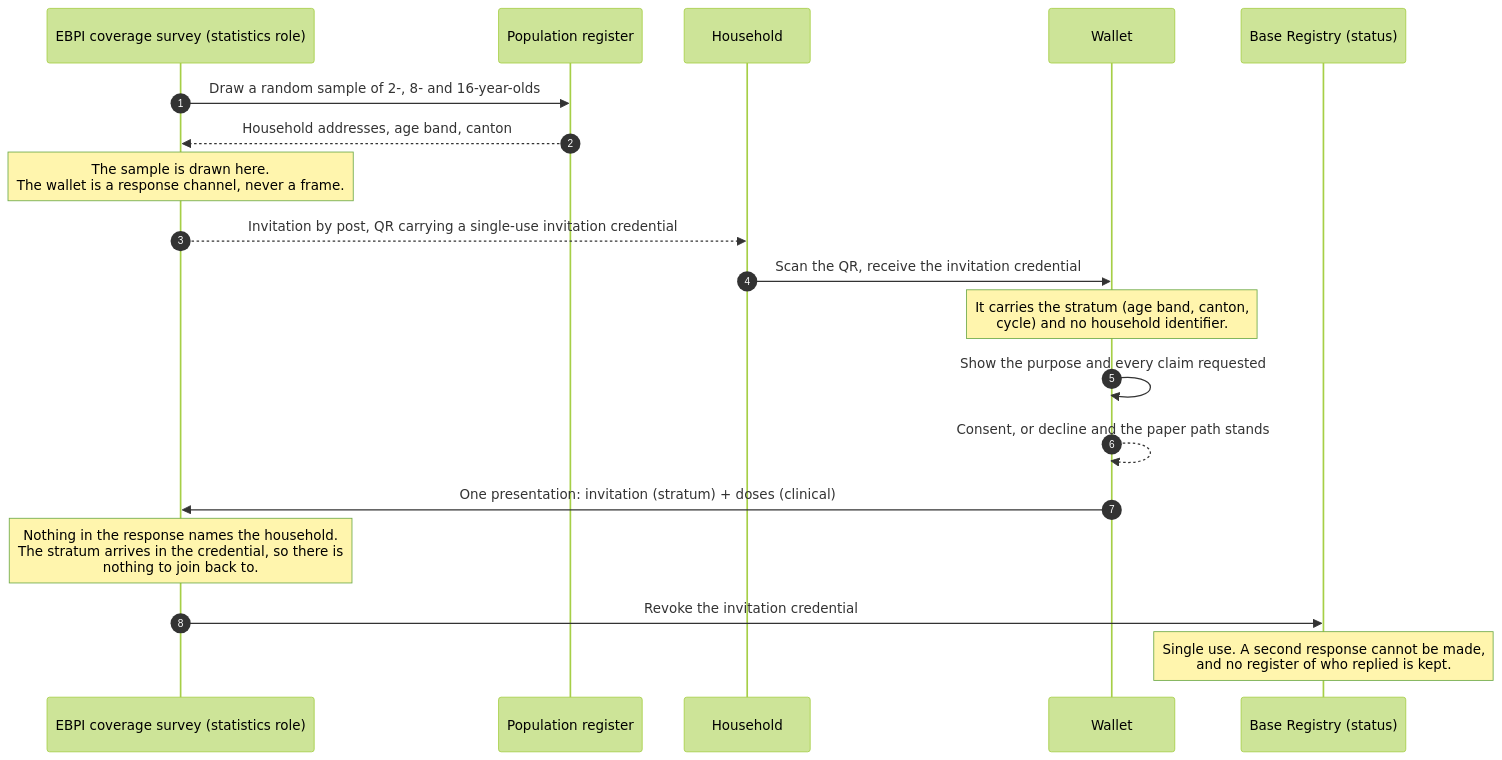
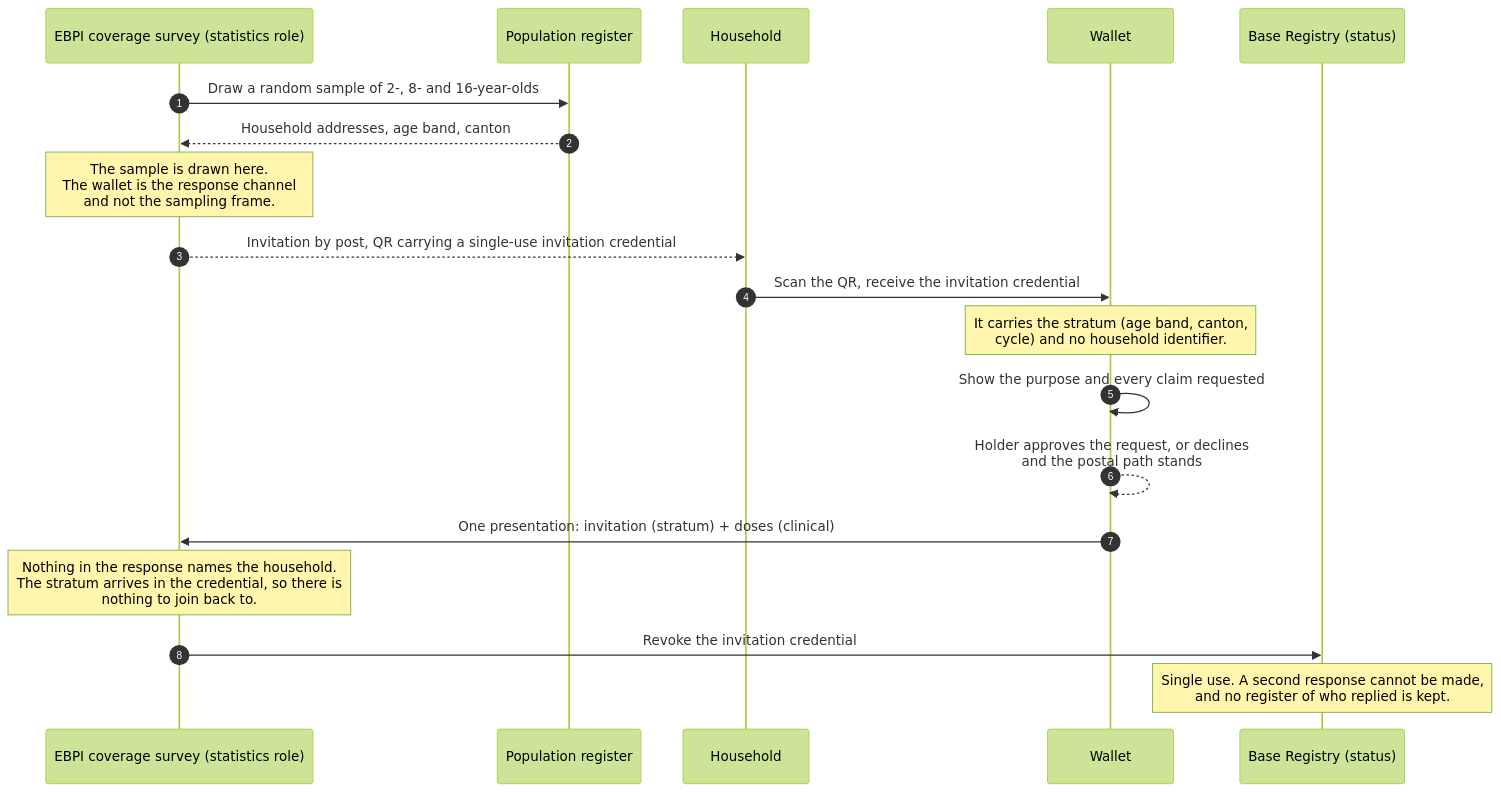
One commit to Accelerate-GmbH/digital-health-swiyu-vaccination changed the diagram in flows/F-11-coverage-survey.md. Above: the diagram before and after it, drawn with Mermaid (forest theme). The commit also changed 9 other files, not shown here.

````diff
--- a/flows/F-11-coverage-survey.md
+++ b/flows/F-11-coverage-survey.md
@@ -74,22 +74,22 @@
 ```mermaid
 sequenceDiagram
     autonumber
     participant S as EBPI coverage survey (statistics role)
     participant P as Population register
     participant H as Household
     participant W as Wallet
     participant BR as Base Registry (status)
 
     S->>P: Draw a random sample of 2-, 8- and 16-year-olds
     P-->>S: Household addresses, age band, canton
-    Note over S: The sample is drawn here.<br/>The wallet is a response channel, never a frame.
+    Note over S: The sample is drawn here.<br/>The wallet is the response channel<br/>and not the sampling frame.
     S-->>H: Invitation by post, QR carrying a single-use invitation credential
     H->>W: Scan the QR, receive the invitation credential
     Note over W: It carries the stratum (age band, canton,<br/>cycle) and no household identifier.
     W->>W: Show the purpose and every claim requested
-    W-->>W: Consent, or decline and the paper path stands
+    W-->>W: Holder approves the request, or declines<br/>and the postal path stands
     W->>S: One presentation: invitation (stratum) + doses (clinical)
     Note over S: Nothing in the response names the household.<br/>The stratum arrives in the credential, so there is<br/>nothing to join back to.
     S->>BR: Revoke the invitation credential
     Note over BR: Single use. A second response cannot be made,<br/>and no register of who replied is kept.
 ```
````
